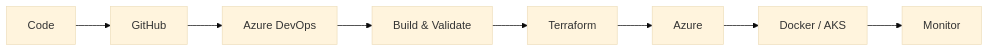
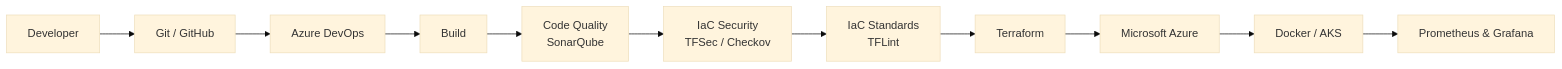
One commit to Pjaisw1103/Pjaisw1103 changed the first of 2 diagrams in README.md. Above: the diagram before and after it, drawn with Mermaid (base theme). The commit also changed other lines of this file, not shown here.

````diff
--- a/README.md
+++ b/README.md
@@ -74,10 +63,22 @@
 ```mermaid
 flowchart LR
-    A["Code"] --> B["GitHub"]
+    A["Developer"] --> B["Git / GitHub"]
+
     B --> C["Azure DevOps"]
-    C --> D["Build & Validate"]
-    D --> E["Terraform"]
-    E --> F["Azure"]
-    F --> G["Docker / AKS"]
-    G --> H["Monitor"]
+
+    C --> D["Build"]
+
+    D --> E["Code Quality<br/>SonarQube"]
+
+    E --> F["IaC Security<br/>TFSec / Checkov"]
+
+    F --> G["IaC Standards<br/>TFLint"]
+
+    G --> H["Terraform"]
+
+    H --> I["Microsoft Azure"]
+
+    I --> J["Docker / AKS"]
+
+    J --> K["Prometheus & Grafana"]
 ```
````
